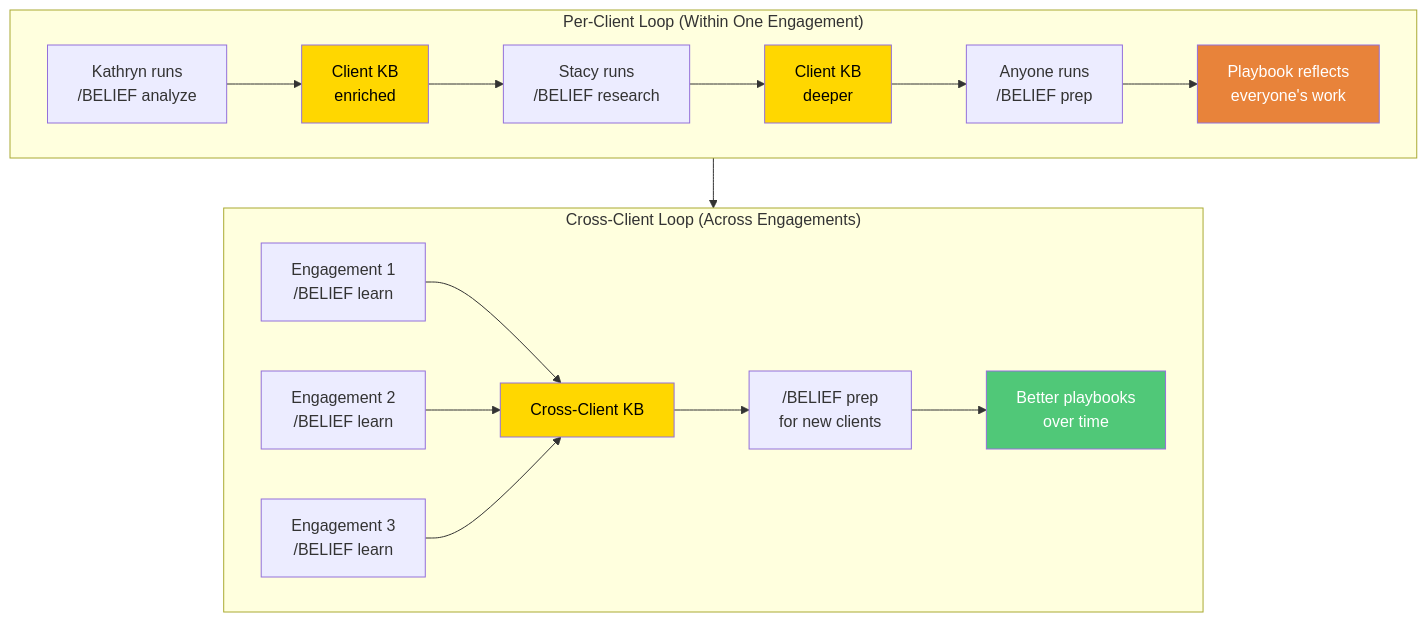
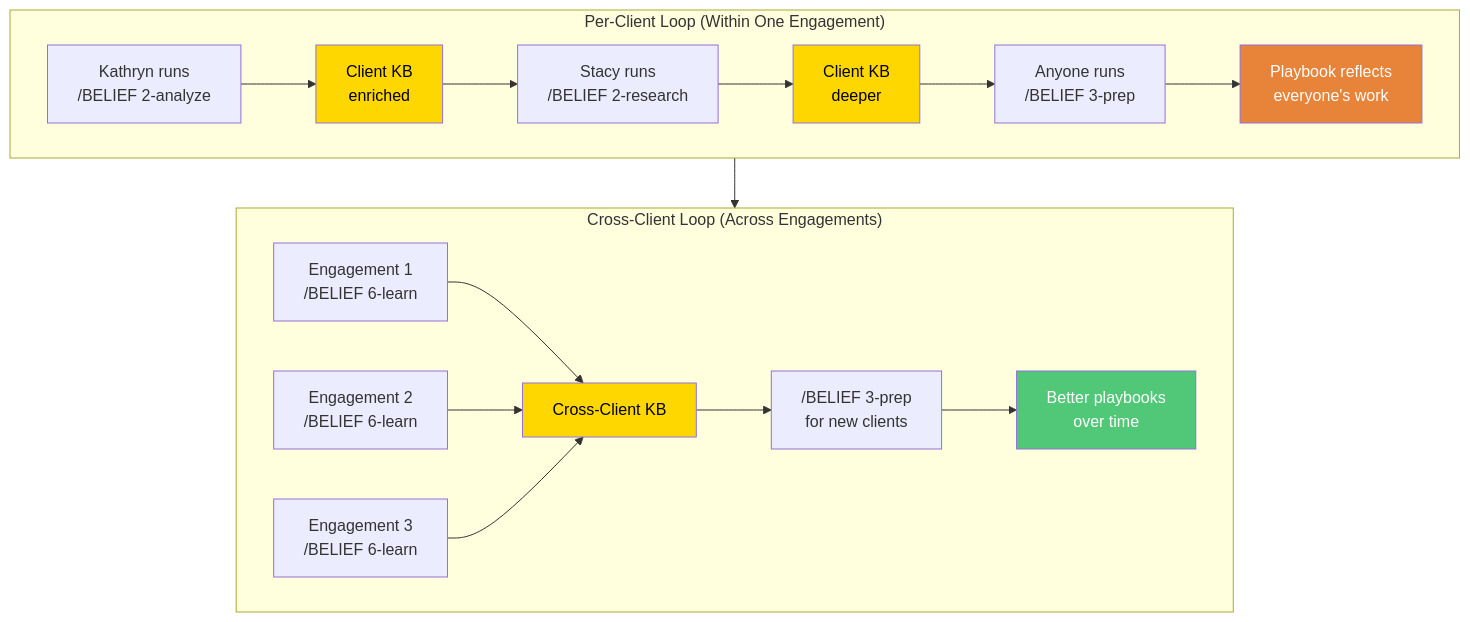
The third of 4 diagrams in docs/BELIEF-FLOW.md (TheMikeFactoryMustGrow/belief-plugin), drawn with Mermaid before and after one commit. The commit also changed other lines of this file and 14 other files, not shown here.

````diff
--- a/docs/BELIEF-FLOW.md
+++ b/docs/BELIEF-FLOW.md
@@ -108,28 +108,28 @@
 ```mermaid
 flowchart TB
     subgraph LOOP1["Per-Client Loop (Within One Engagement)"]
         direction LR
-        kathryn["Kathryn runs\n/BELIEF analyze"] --> kb1["Client KB\nenriched"]
-        kb1 --> stacy["Stacy runs\n/BELIEF research"]
+        kathryn["Kathryn runs\n/BELIEF 2-analyze"] --> kb1["Client KB\nenriched"]
+        kb1 --> stacy["Stacy runs\n/BELIEF 2-research"]
         stacy --> kb2["Client KB\ndeeper"]
-        kb2 --> prep1["Anyone runs\n/BELIEF prep"]
+        kb2 --> prep1["Anyone runs\n/BELIEF 3-prep"]
         prep1 --> playbook["Playbook reflects\neveryone's work"]
     end
 
     subgraph LOOP2["Cross-Client Loop (Across Engagements)"]
         direction LR
-        eng1["Engagement 1\n/BELIEF learn"] --> xkb["Cross-Client KB"]
-        eng2["Engagement 2\n/BELIEF learn"] --> xkb
-        eng3["Engagement 3\n/BELIEF learn"] --> xkb
-        xkb --> future["/BELIEF prep\nfor new clients"]
+        eng1["Engagement 1\n/BELIEF 6-learn"] --> xkb["Cross-Client KB"]
+        eng2["Engagement 2\n/BELIEF 6-learn"] --> xkb
+        eng3["Engagement 3\n/BELIEF 6-learn"] --> xkb
+        xkb --> future["/BELIEF 3-prep\nfor new clients"]
         future --> better["Better playbooks\nover time"]
     end
 
     LOOP1 --> LOOP2
 
     style kb1 fill:#FFD700,color:#000
     style kb2 fill:#FFD700,color:#000
     style xkb fill:#FFD700,color:#000
     style playbook fill:#E8833A,color:#fff
     style better fill:#50C878,color:#fff
 ```
````
